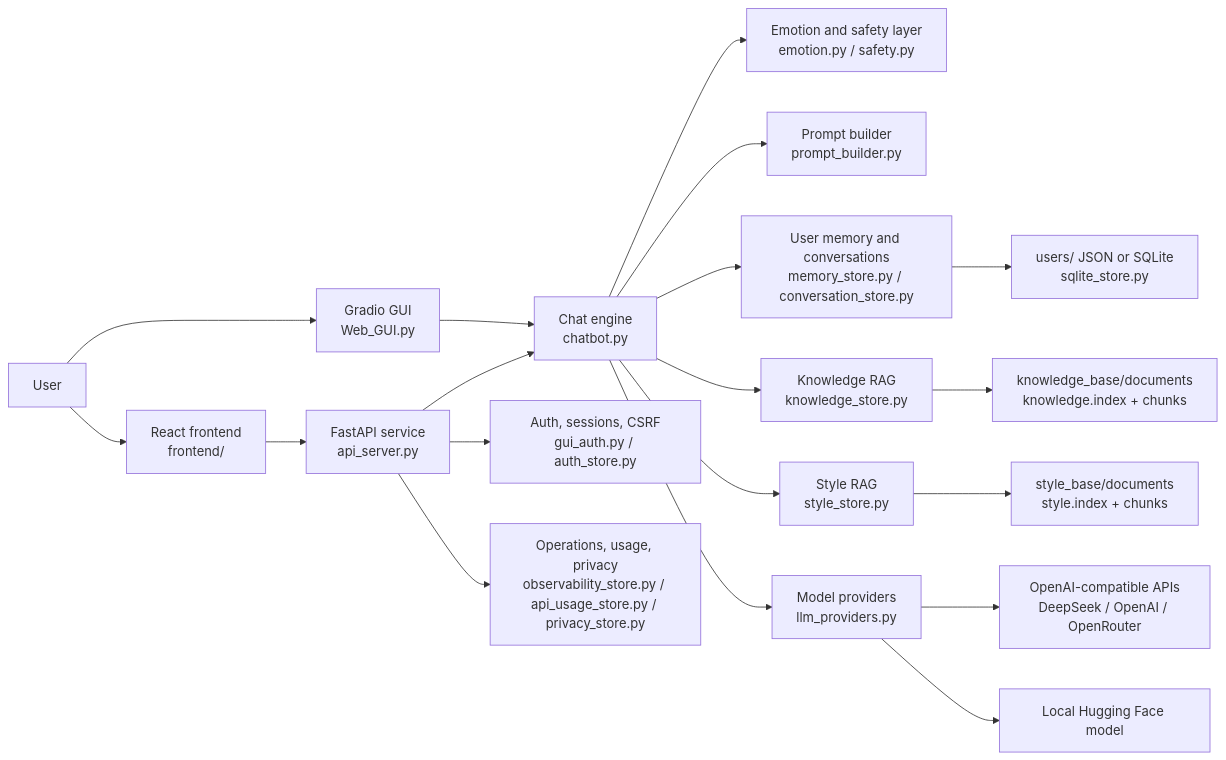
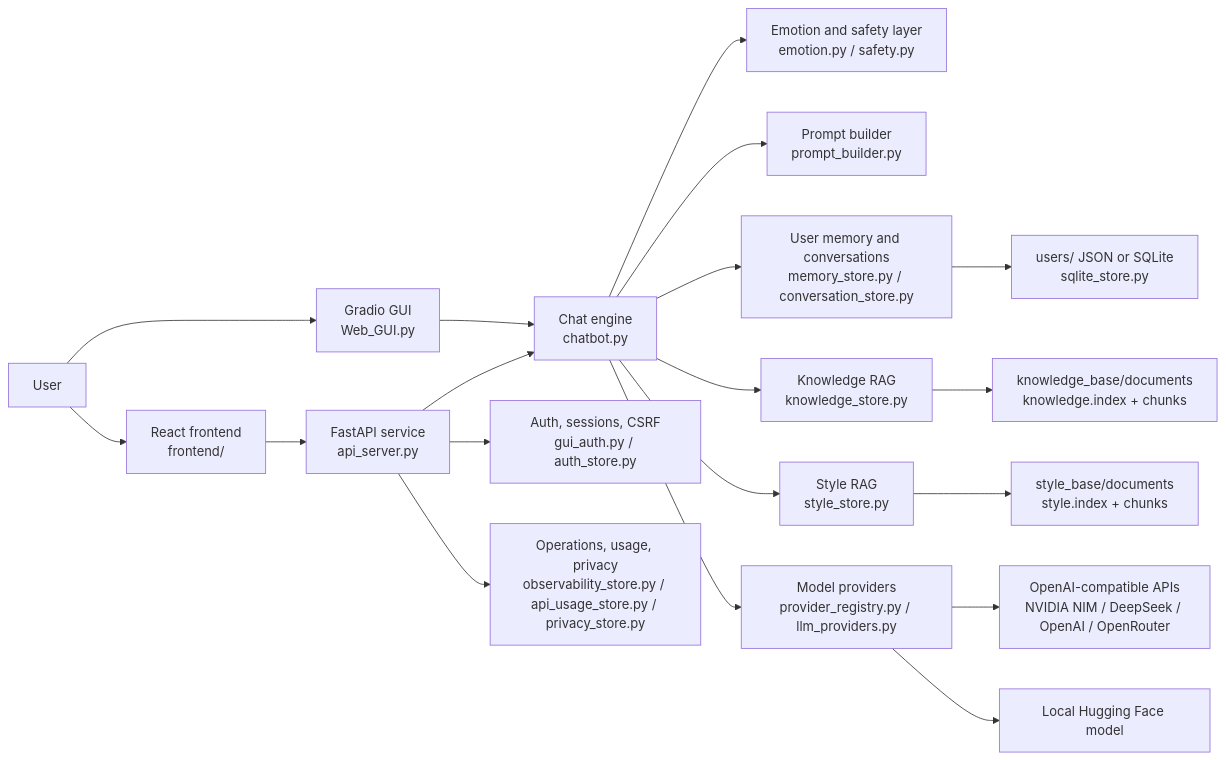
One commit to lup49488/Emotion-Assistant changed the diagram in README.md. Above: the diagram before and after it, drawn with Mermaid. The commit also changed other lines of this file and 18 other files, not shown here.

````diff
--- a/README.md
+++ b/README.md
@@ -21,24 +21,24 @@
 ```mermaid
 flowchart LR
     User["User"] --> Browser["React frontend<br/>frontend/"]
     User --> Gradio["Gradio GUI<br/>Web_GUI.py"]
 
     Browser --> API["FastAPI service<br/>api_server.py"]
     Gradio --> Chatbot["Chat engine<br/>chatbot.py"]
     API --> Auth["Auth, sessions, CSRF<br/>gui_auth.py / auth_store.py"]
     API --> Chatbot
     API --> Ops["Operations, usage, privacy<br/>observability_store.py / api_usage_store.py / privacy_store.py"]
 
     Chatbot --> Safety["Emotion and safety layer<br/>emotion.py / safety.py"]
     Chatbot --> Prompt["Prompt builder<br/>prompt_builder.py"]
     Chatbot --> Memory["User memory and conversations<br/>memory_store.py / conversation_store.py"]
     Chatbot --> Knowledge["Knowledge RAG<br/>knowledge_store.py"]
     Chatbot --> Style["Style RAG<br/>style_store.py"]
-    Chatbot --> Providers["Model providers<br/>llm_providers.py"]
+    Chatbot --> Providers["Model providers<br/>provider_registry.py / llm_providers.py"]
 
     Knowledge --> KnowledgeFiles["knowledge_base/documents<br/>knowledge.index + chunks"]
     Style --> StyleFiles["style_base/documents<br/>style.index + chunks"]
     Memory --> Storage["users/ JSON or SQLite<br/>sqlite_store.py"]
-    Providers --> RemoteLLM["OpenAI-compatible APIs<br/>DeepSeek / OpenAI / OpenRouter"]
+    Providers --> RemoteLLM["OpenAI-compatible APIs<br/>NVIDIA NIM / DeepSeek / OpenAI / OpenRouter"]
     Providers --> LocalLLM["Local Hugging Face model"]
 ```
````
